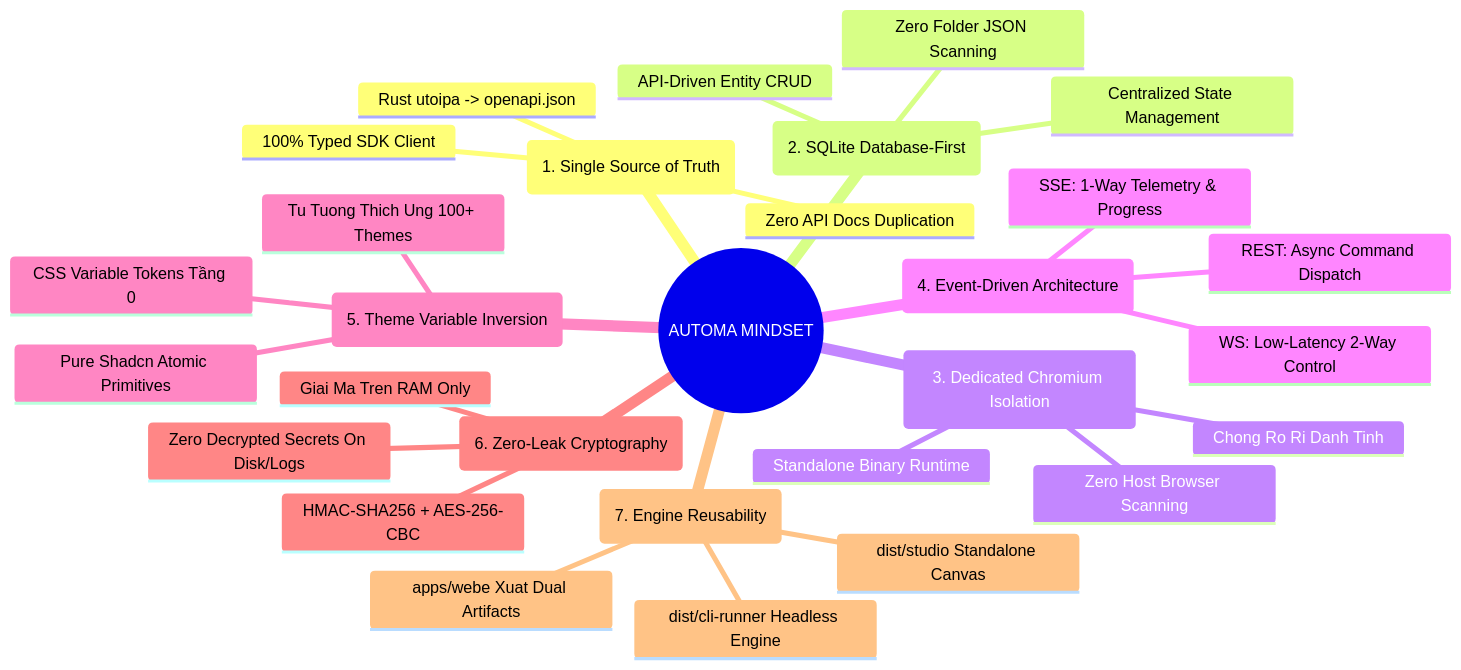
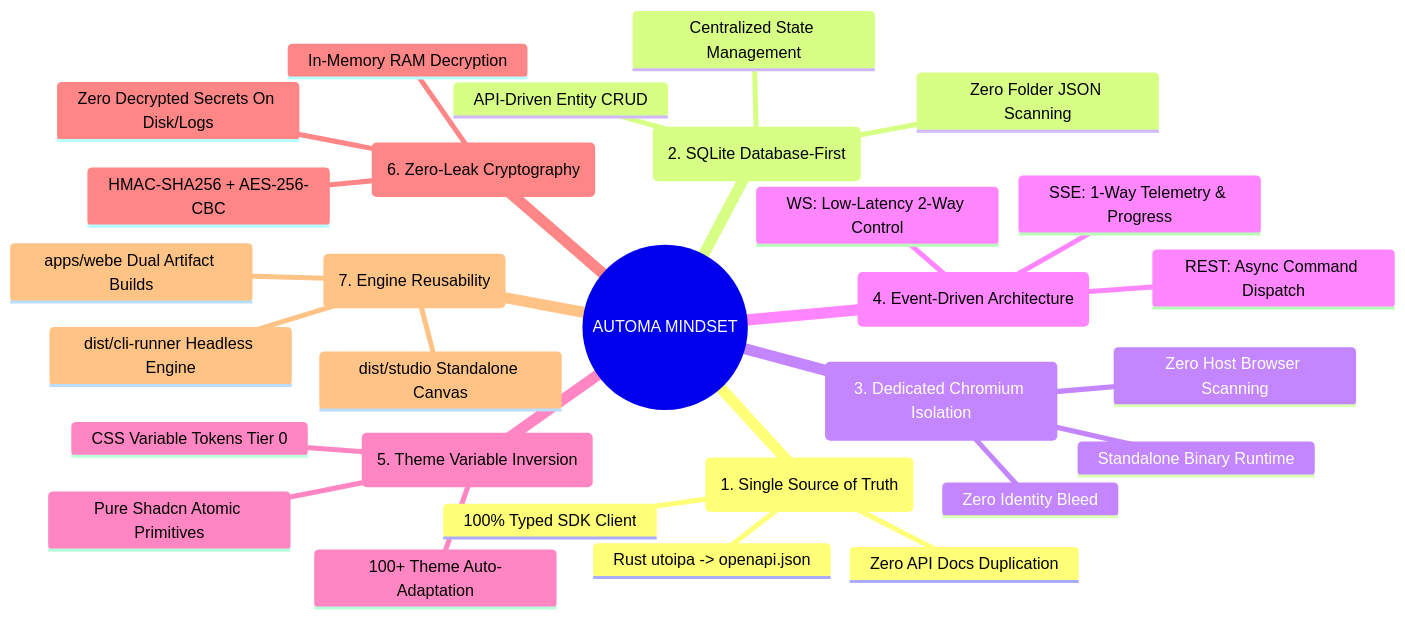
The first of 2 diagrams in docs/README.md (tuquet/automa), drawn with Mermaid before and after one commit. The commit also changed other lines of this file and 26 other files, not shown here.

````diff
--- a/docs/README.md
+++ b/docs/README.md
@@ -13,32 +13,32 @@
 ```mermaid
 mindmap
   root((AUTOMA MINDSET))
     (1. Single Source of Truth)
       Rust utoipa -> openapi.json
       Zero API Docs Duplication
       100% Typed SDK Client
     (2. SQLite Database-First)
       Zero Folder JSON Scanning
       Centralized State Management
       API-Driven Entity CRUD
     (3. Dedicated Chromium Isolation)
       Zero Host Browser Scanning
       Standalone Binary Runtime
-      Chong Ro Ri Danh Tinh
+      Zero Identity Bleed
     (4. Event-Driven Architecture)
       REST: Async Command Dispatch
       SSE: 1-Way Telemetry & Progress
       WS: Low-Latency 2-Way Control
     (5. Theme Variable Inversion)
       Pure Shadcn Atomic Primitives
-      CSS Variable Tokens Tầng 0
-      Tu Tuong Thich Ung 100+ Themes
+      CSS Variable Tokens Tier 0
+      100+ Theme Auto-Adaptation
     (6. Zero-Leak Cryptography)
       HMAC-SHA256 + AES-256-CBC
-      Giai Ma Tren RAM Only
+      In-Memory RAM Decryption
       Zero Decrypted Secrets On Disk/Logs
     (7. Engine Reusability)
-      apps/webe Xuat Dual Artifacts
+      apps/webe Dual Artifact Builds
       dist/cli-runner Headless Engine
       dist/studio Standalone Canvas
 ```
````
